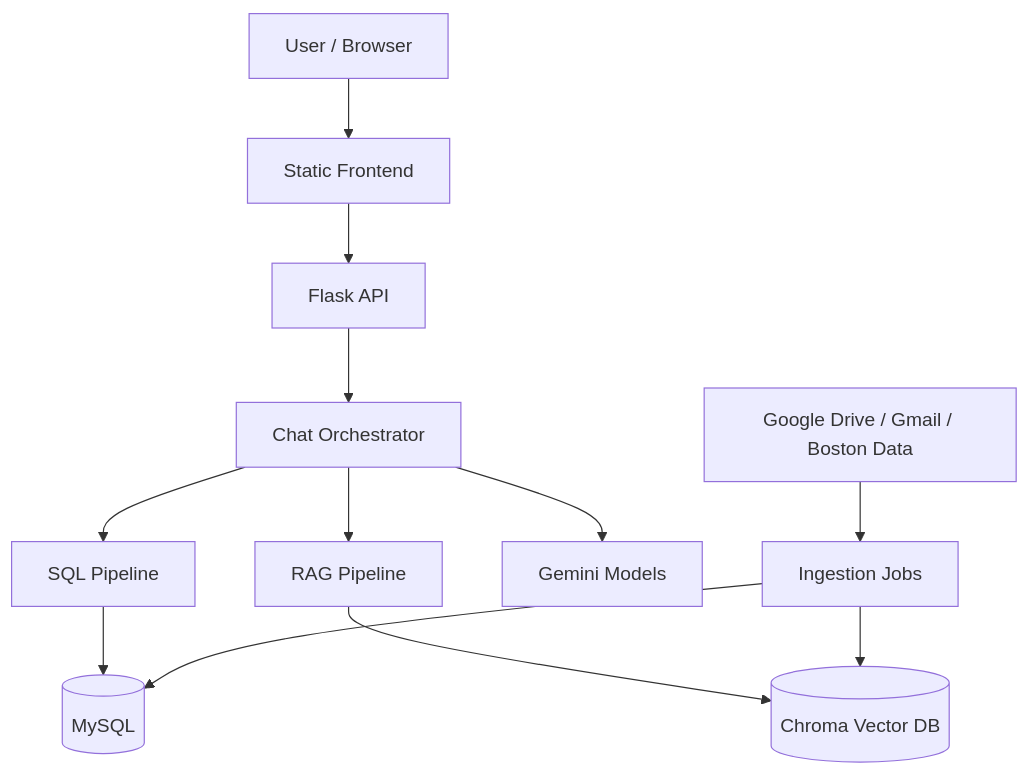
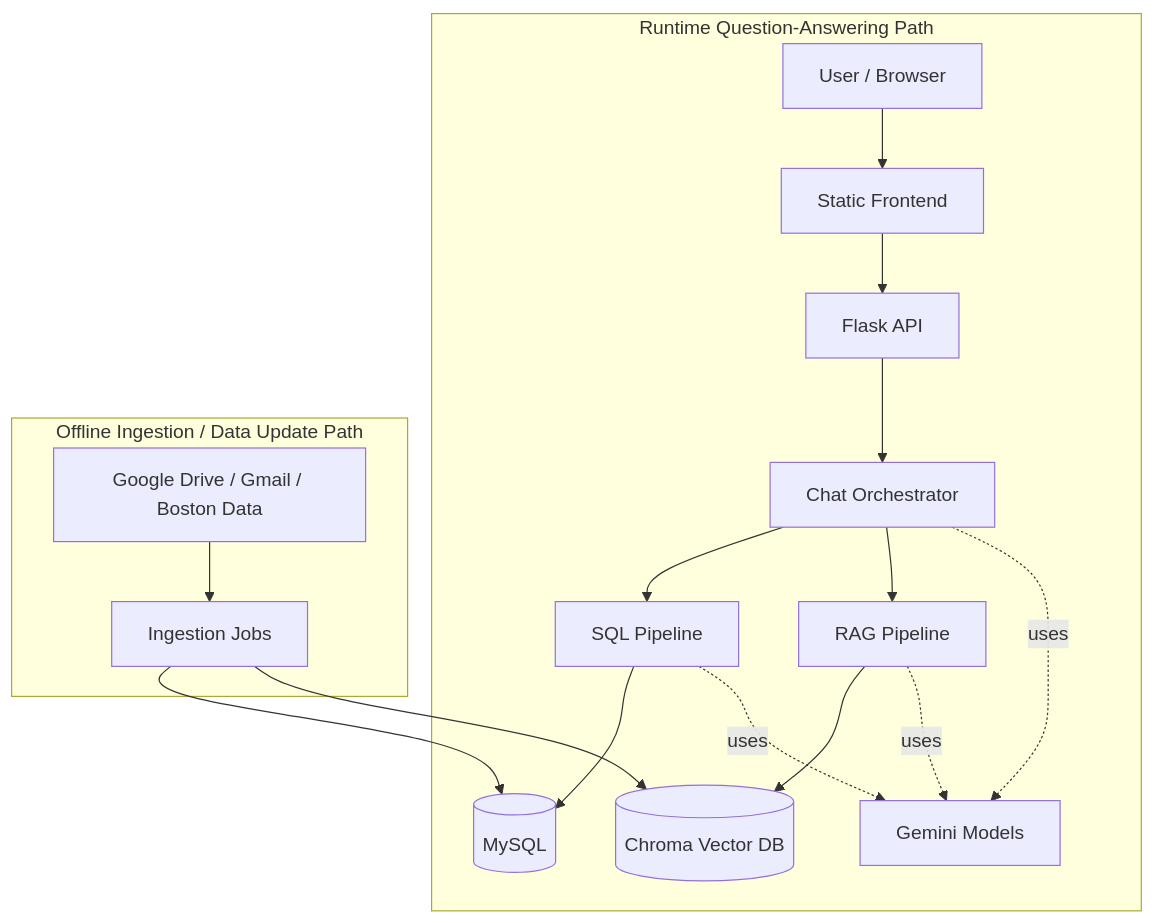
The first of 2 diagrams in system_design.md (atharvg-BU/ml-misi-community-sentiment), drawn with Mermaid before and after one commit.

````diff
--- a/system_design.md
+++ b/system_design.md
@@ -15,14 +15,21 @@
 ```mermaid
 flowchart TD
-    A[User / Browser] --> B[Static Frontend]
-    B --> C[Flask API]
-    C --> D[Chat Orchestrator]
-    D --> E[SQL Pipeline]
-    D --> F[RAG Pipeline]
-    E --> G[(MySQL)]
-    F --> H[(Chroma Vector DB)]
-    D --> I[Gemini Models]
-    J[Ingestion Jobs] --> G
-    J[Ingestion Jobs] --> H
-    K[Google Drive / Gmail / Boston Data] --> J
+    subgraph Runtime["Runtime Question-Answering Path"]
+        A[User / Browser] --> B[Static Frontend]
+        B --> C[Flask API]
+        C --> D[Chat Orchestrator]
+        D --> E[SQL Pipeline]
+        D --> F[RAG Pipeline]
+        E --> G[(MySQL)]
+        F --> H[(Chroma Vector DB)]
+        D -.uses.-> I[Gemini Models]
+        E -.uses.-> I
+        F -.uses.-> I
+    end
+
+    subgraph Ingestion["Offline Ingestion / Data Update Path"]
+        K[Google Drive / Gmail / Boston Data] --> J[Ingestion Jobs]
+        J --> G
+        J --> H
+    end
 ```
````
